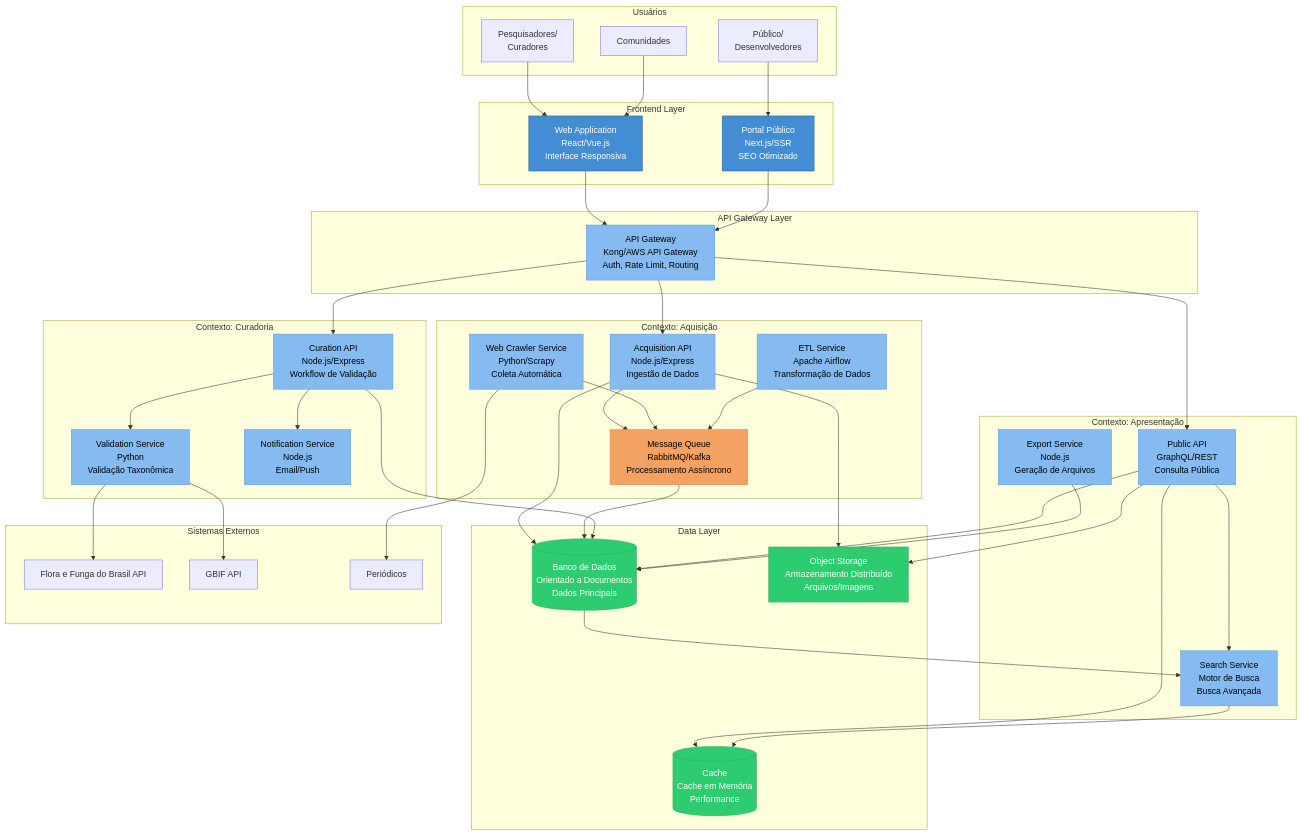
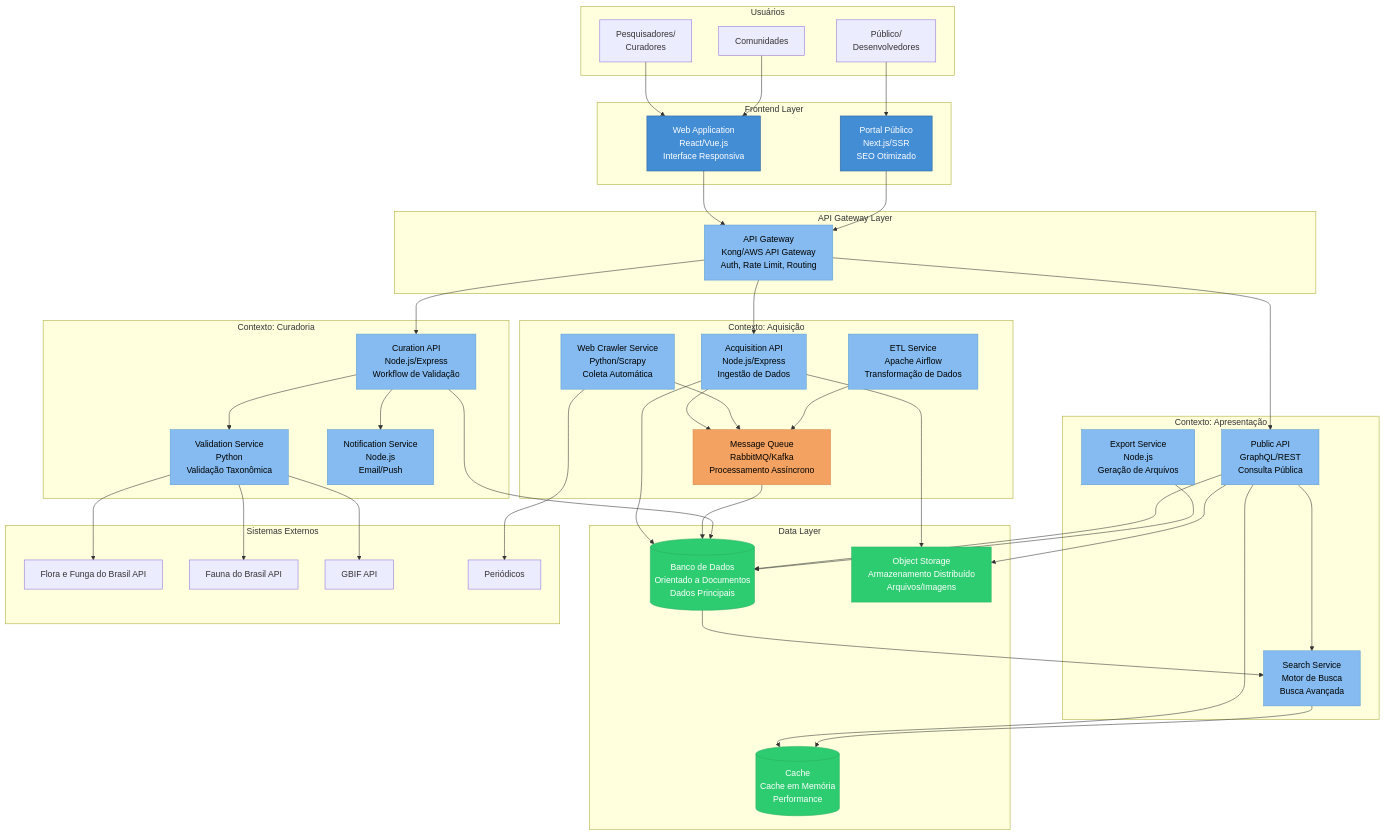
Before and after one commit to edalcin/etnoArquitetura: the diagram in docs/c4-model/02-container-diagram.md, drawn with Mermaid. The commit also changed other lines of this file and 4 other files, not shown here.

```diff
--- a/docs/c4-model/02-container-diagram.md
+++ b/docs/c4-model/02-container-diagram.md
@@ -50,6 +50,7 @@
 
     subgraph "Sistemas Externos"
         FLORA[Flora e Funga do Brasil API]
+        FAUNA[Fauna do Brasil API]
         GBIF[GBIF API]
         JOURNALS[Periódicos]
     end
@@ -75,6 +76,7 @@
     CUR_API --> VAL
     CUR_API --> NOTIF
     VAL --> FLORA
+    VAL --> FAUNA
     VAL --> GBIF
 
     PUB_API --> DB
```
